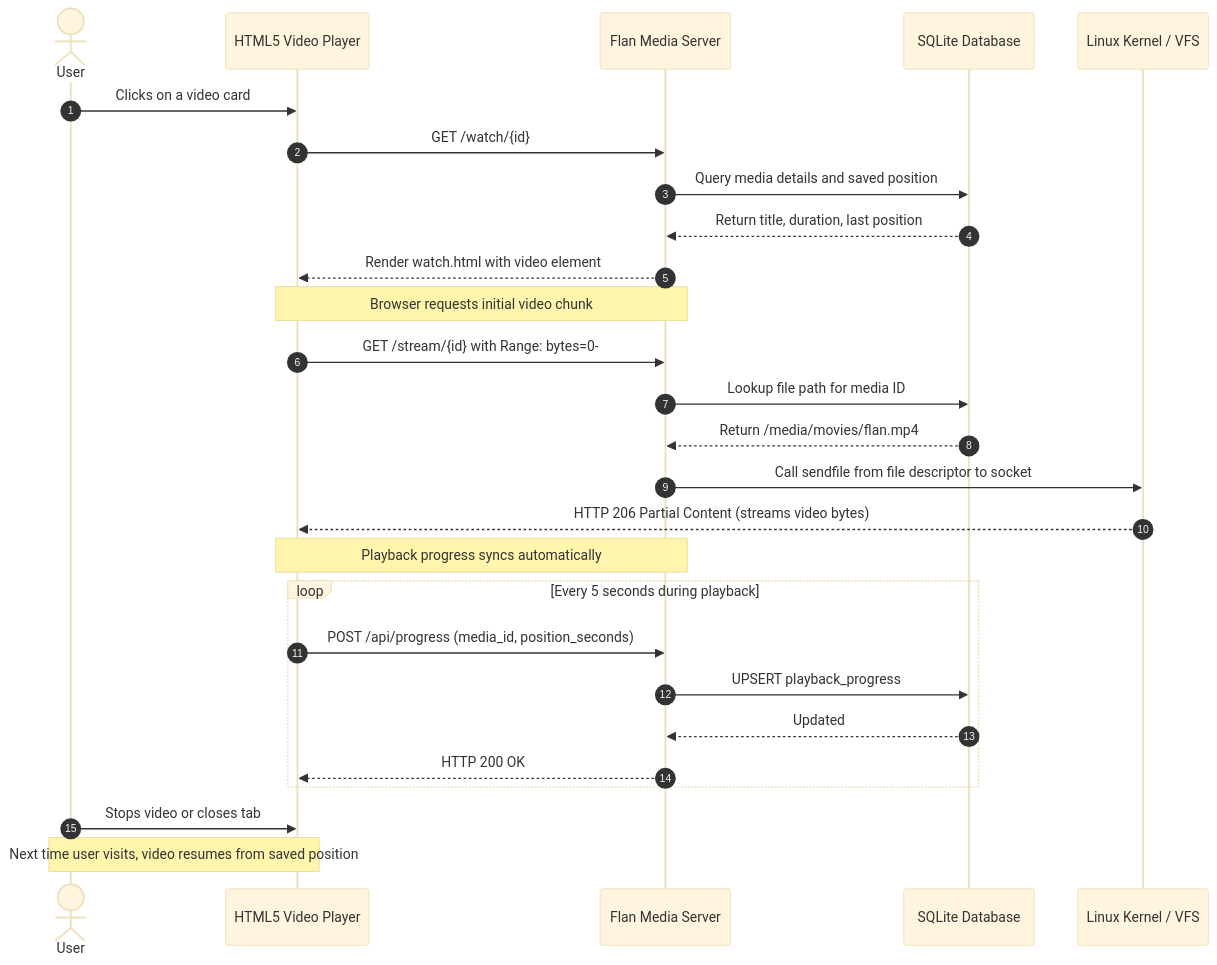
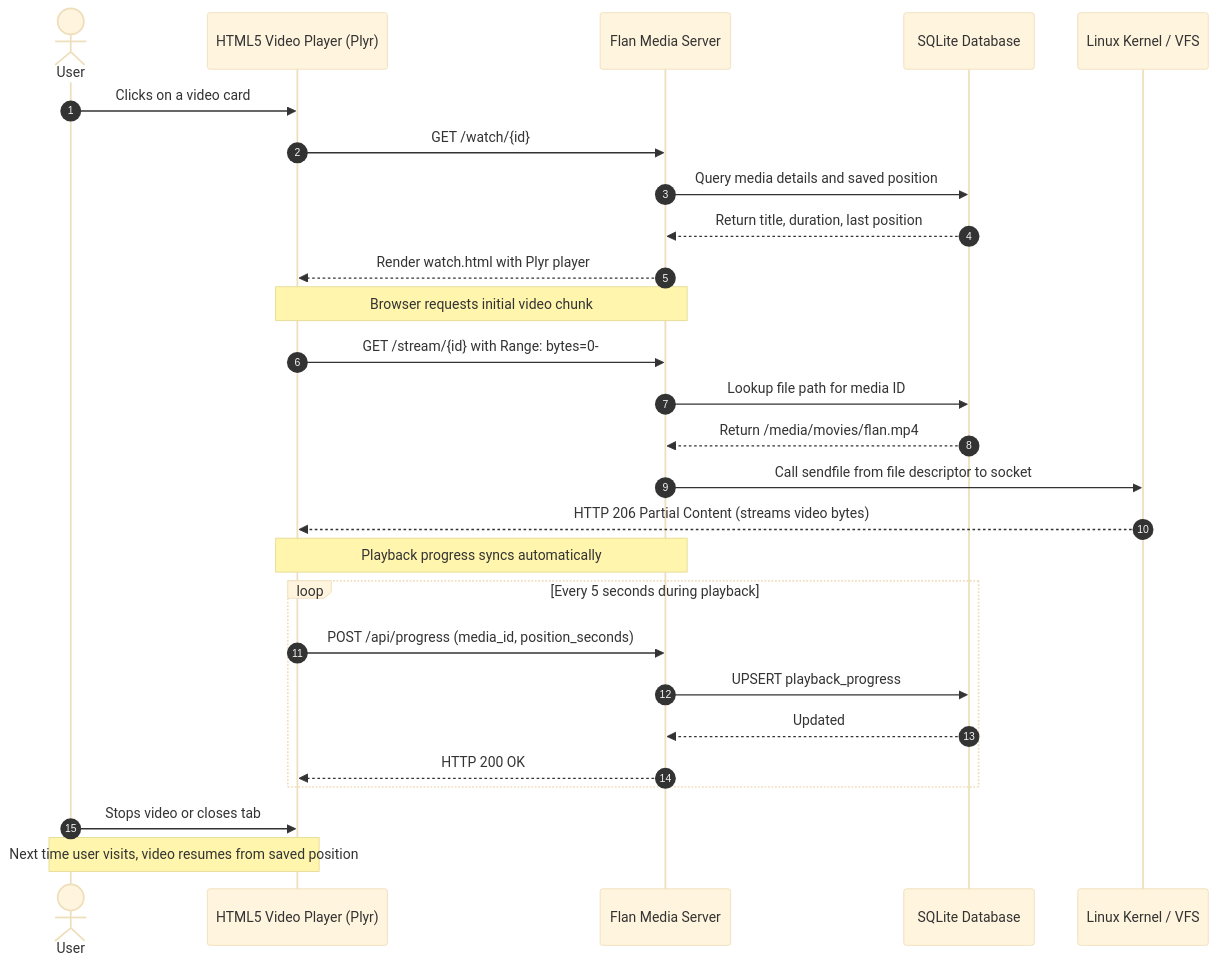
Before and after one commit to WesleyEsq/Flan-Media-Server: the third of 5 diagrams in docs/diagrams/user-flows.md, drawn with Mermaid (base theme). The commit also changed other lines of this file and 6 other files, not shown here.

````diff
--- a/docs/diagrams/user-flows.md
+++ b/docs/diagrams/user-flows.md
@@ -79,33 +78,33 @@
 ```mermaid
 sequenceDiagram
     autonumber
     actor User
-    participant Browser as HTML5 Video Player
+    participant Browser as HTML5 Video Player (Plyr)
     participant Server as Flan Media Server
     participant DB as SQLite Database
     participant Kernel as Linux Kernel / VFS
 
     User->>Browser: Clicks on a video card
     Browser->>Server: GET /watch/{id}
     Server->>DB: Query media details and saved position
     DB-->>Server: Return title, duration, last position
-    Server-->>Browser: Render watch.html with video element
+    Server-->>Browser: Render watch.html with Plyr player
 
     Note over Browser,Server: Browser requests initial video chunk
     Browser->>Server: GET /stream/{id} with Range: bytes=0-
     Server->>DB: Lookup file path for media ID
     DB-->>Server: Return /media/movies/flan.mp4
     Server->>Kernel: Call sendfile from file descriptor to socket
     Kernel-->>Browser: HTTP 206 Partial Content (streams video bytes)
 
     Note over Browser,Server: Playback progress syncs automatically
     loop Every 5 seconds during playback
         Browser->>Server: POST /api/progress (media_id, position_seconds)
         Server->>DB: UPSERT playback_progress
         DB-->>Server: Updated
         Server-->>Browser: HTTP 200 OK
     end
 
     User->>Browser: Stops video or closes tab
     Note over User,Browser: Next time user visits, video resumes from saved position
 ```
````
